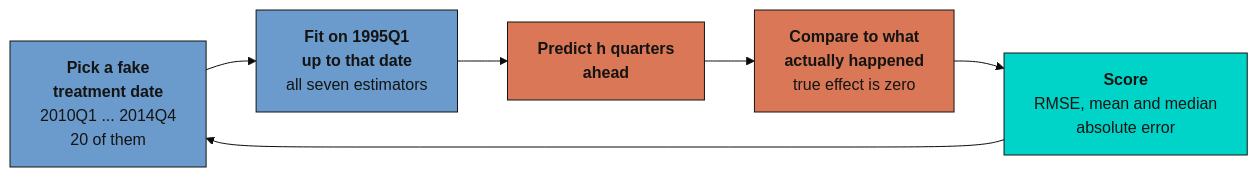
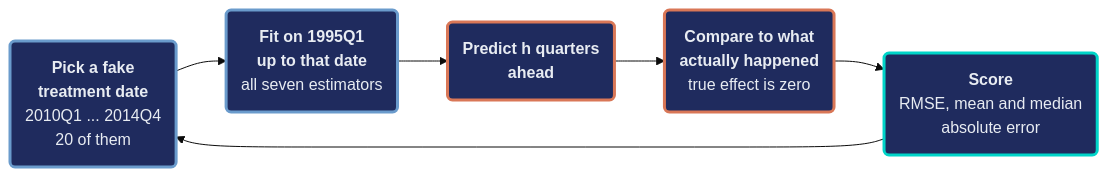
Before and after one commit to cmg777/starter-academic-v501: the fourth of 4 diagrams in content/post/r_sc_dsc_sdid/index.md, drawn with Mermaid (base theme). The commit also changed other lines of this file and 13 other files, not shown here.

First line of the commit message:
content(mermaid): restyle flowcharts in R posts

````diff
--- a/content/post/r_sc_dsc_sdid/index.md
+++ b/content/post/r_sc_dsc_sdid/index.md
@@ -1039,13 +1034,14 @@
 ```mermaid
 flowchart LR
-    A["<b>Pick a fake<br/>treatment date</b><br/>2010Q1 ... 2014Q4<br/>20 of them"] --> B["<b>Fit on 1995Q1<br/>up to that date</b><br/>all seven estimators"]
-    B --> C["<b>Predict h quarters<br/>ahead</b>"]
-    C --> D["<b>Compare to what<br/>actually happened</b><br/>true effect is zero"]
-    D --> E["<b>Score</b><br/>RMSE, mean and median<br/>absolute error"]
+    A("<b>Pick a fake<br/>treatment date</b><br/>2010Q1 ... 2014Q4<br/>20 of them") --> B("<b>Fit on 1995Q1<br/>up to that date</b><br/>all seven estimators")
+    B --> C("<b>Predict h quarters<br/>ahead</b>")
+    C --> D("<b>Compare to what<br/>actually happened</b><br/>true effect is zero")
+    D --> E("<b>Score</b><br/>RMSE, mean and median<br/>absolute error")
     E --> A
-    style A fill:#6a9bcc,stroke:#141413,color:#141413
-    style B fill:#6a9bcc,stroke:#141413,color:#141413
-    style C fill:#d97757,stroke:#141413,color:#141413
-    style D fill:#d97757,stroke:#141413,color:#141413
-    style E fill:#00d4c8,stroke:#141413,color:#141413
+    classDef blue fill:#1f2b5e,stroke:#6a9bcc,stroke-width:3px,color:#e8ecf2
+    classDef orange fill:#1f2b5e,stroke:#d97757,stroke-width:3px,color:#e8ecf2
+    classDef teal fill:#1f2b5e,stroke:#00d4c8,stroke-width:3px,color:#e8ecf2
+    class A,B blue
+    class C,D orange
+    class E teal
 ```
````
